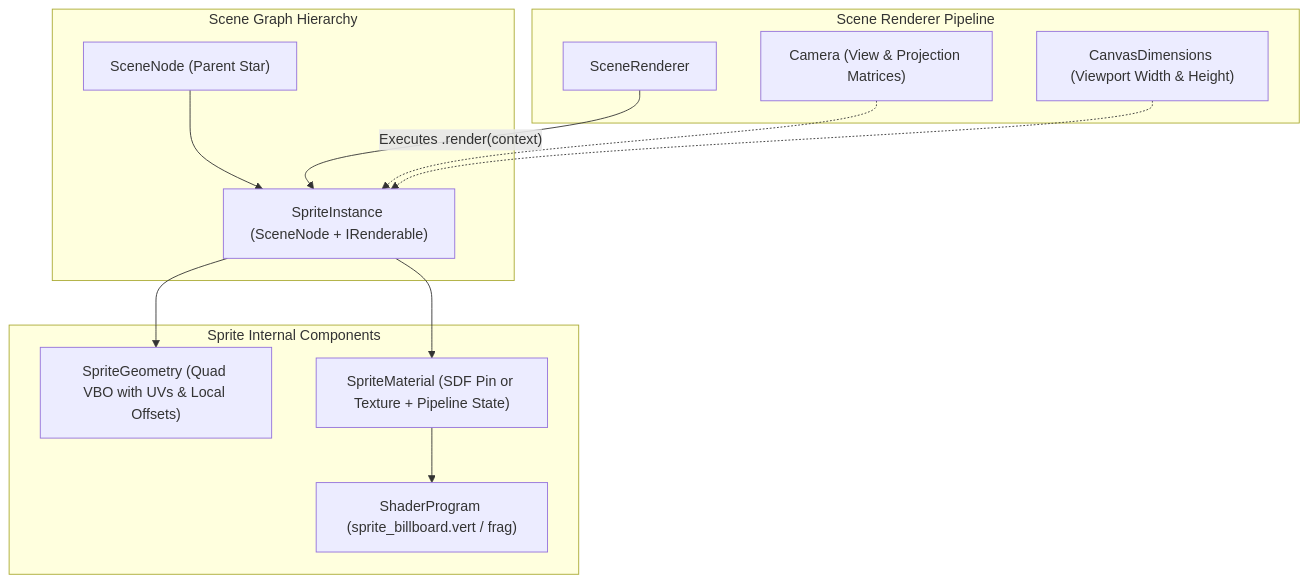
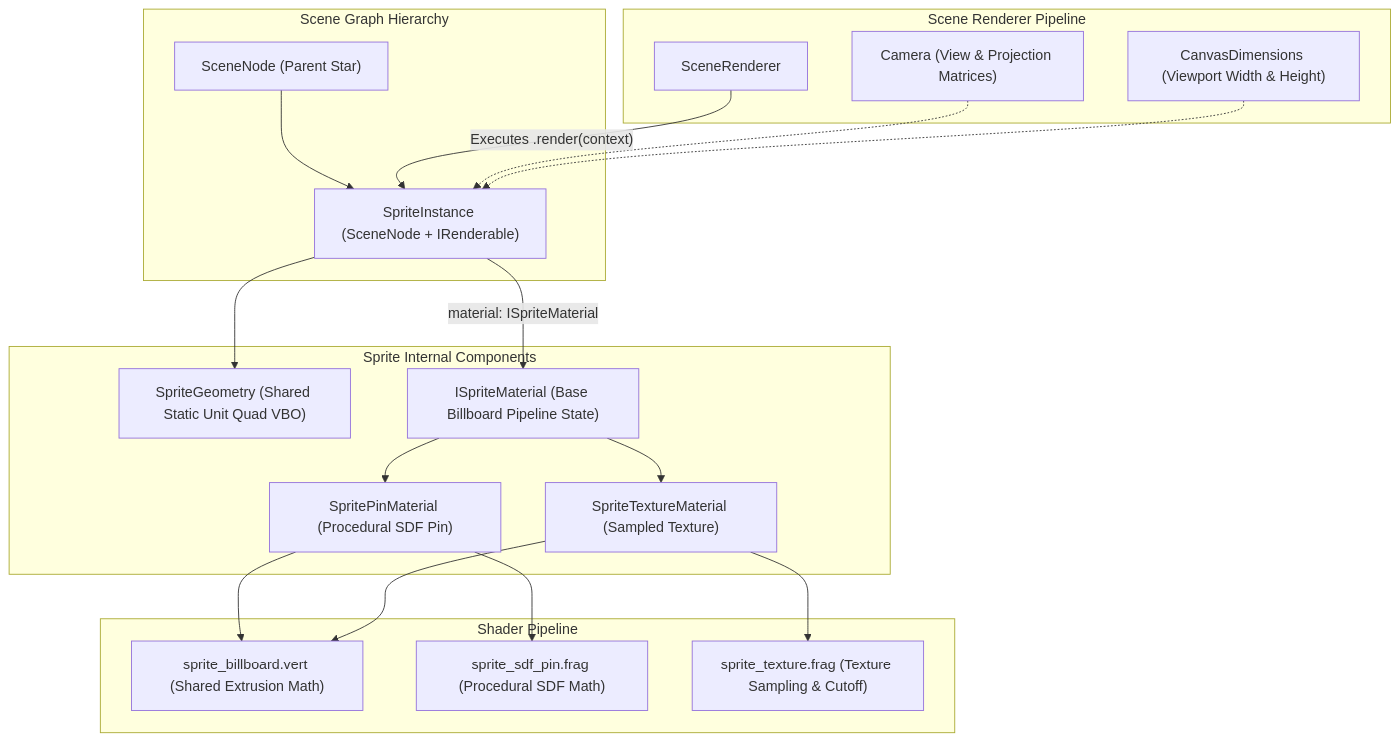
Before and after one commit to ReeseJones/website_reesedrjones: the diagram in src/scene/sprites/sprite_instance_design.md, drawn with Mermaid. The commit also changed other lines of this file, not shown here.

Commit message:
docs(sprites): refine sprite materials hierarchy, shared geometry, and vector/color standards

````diff
--- a/src/scene/sprites/sprite_instance_design.md
+++ b/src/scene/sprites/sprite_instance_design.md
@@ -22,26 +24,38 @@
 ```mermaid
 flowchart TD
     subgraph SceneGraph ["Scene Graph Hierarchy"]
         StarNode["SceneNode (Parent Star)"]
         SpriteNode["SpriteInstance (SceneNode + IRenderable)"]
         StarNode --> SpriteNode
     end
 
     subgraph SpriteComponents ["Sprite Internal Components"]
-        Geom["SpriteGeometry (Quad VBO with UVs & Local Offsets)"]
-        Mat["SpriteMaterial (SDF Pin or Texture + Pipeline State)"]
-        Shader["ShaderProgram (sprite_billboard.vert / frag)"]
+        Geom["SpriteGeometry (Shared Static Unit Quad VBO)"]
+        BaseMat["ISpriteMaterial (Base Billboard Pipeline State)"]
+        PinMat["SpritePinMaterial (Procedural SDF Pin)"]
+        TexMat["SpriteTextureMaterial (Sampled Texture)"]
+        BaseMat --> PinMat
+        BaseMat --> TexMat
         SpriteNode --> Geom
-        SpriteNode --> Mat
-        Mat --> Shader
+        SpriteNode -->|"material: ISpriteMaterial"| BaseMat
+    end
+
+    subgraph Shaders ["Shader Pipeline"]
+        VertShader["sprite_billboard.vert (Shared Extrusion Math)"]
+        FragPin["sprite_sdf_pin.frag (Procedural SDF Math)"]
+        FragTex["sprite_texture.frag (Texture Sampling & Cutoff)"]
+        PinMat --> VertShader
+        PinMat --> FragPin
+        TexMat --> VertShader
+        TexMat --> FragTex
     end
 
     subgraph RendererContext ["Scene Renderer Pipeline"]
         Pipeline["SceneRenderer"]
         Camera["Camera (View & Projection Matrices)"]
         Dimensions["CanvasDimensions (Viewport Width & Height)"]
         Pipeline -->|"Executes .render(context)"| SpriteNode
         Camera -.-> SpriteNode
         Dimensions -.-> SpriteNode
     end
 ```
````
